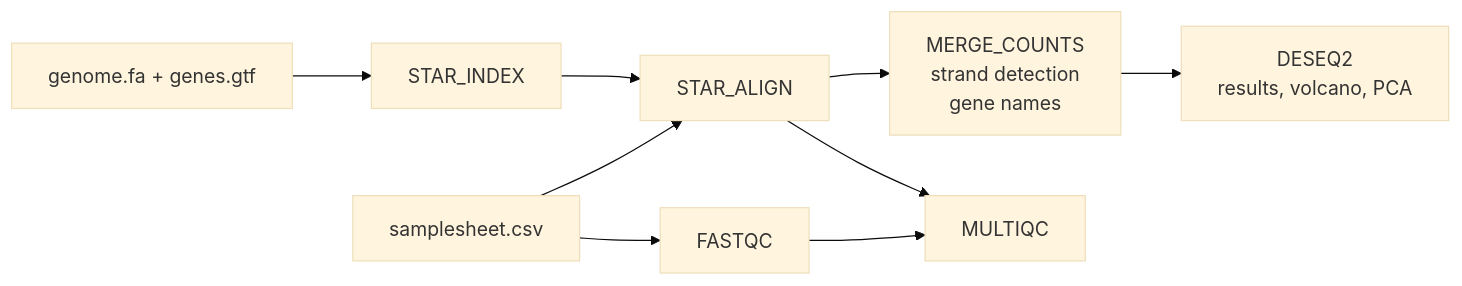
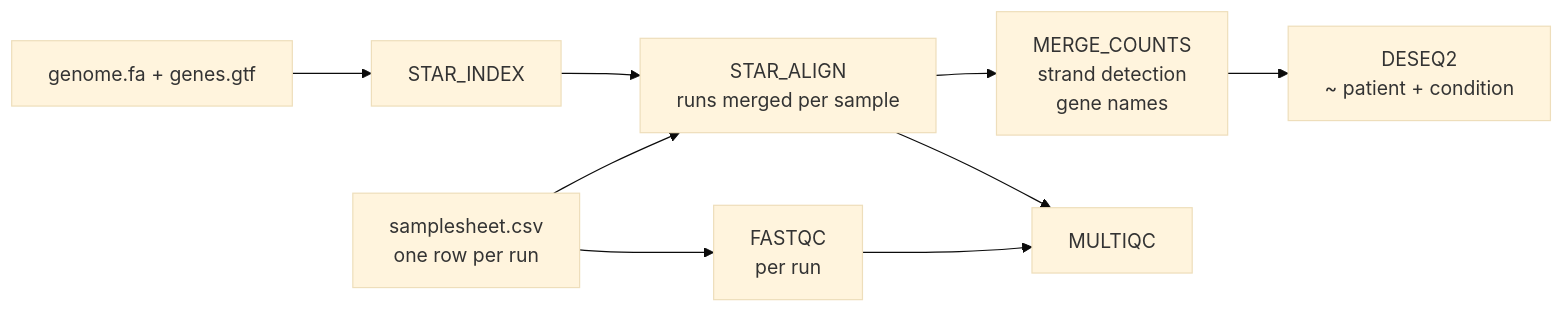
The diagram in README.md (AKULA-PRASAD/luad-rnaseq-nextflow), drawn with Mermaid (base theme) before and after one commit. The commit also changed other lines of this file and 46 other files, not shown here.

First line of the commit message:
Switch to the correct GSE37764 RNA-seq runs; paired-end, multi-run, matched design

````diff
--- a/README.md
+++ b/README.md
@@ -9,10 +12,10 @@
 ```mermaid
 flowchart LR
-  A[samplesheet.csv] --> B[FASTQC]
-  A --> D[STAR_ALIGN]
+  A[samplesheet.csv<br/>one row per run] --> B[FASTQC<br/>per run]
+  A --> D[STAR_ALIGN<br/>runs merged per sample]
   G[genome.fa + genes.gtf] --> C[STAR_INDEX] --> D
   D --> E[MERGE_COUNTS<br/>strand detection<br/>gene names]
-  E --> F[DESEQ2<br/>results, volcano, PCA]
+  E --> F[DESEQ2<br/>~ patient + condition]
   B --> M[MULTIQC]
   D --> M
 ```
````
